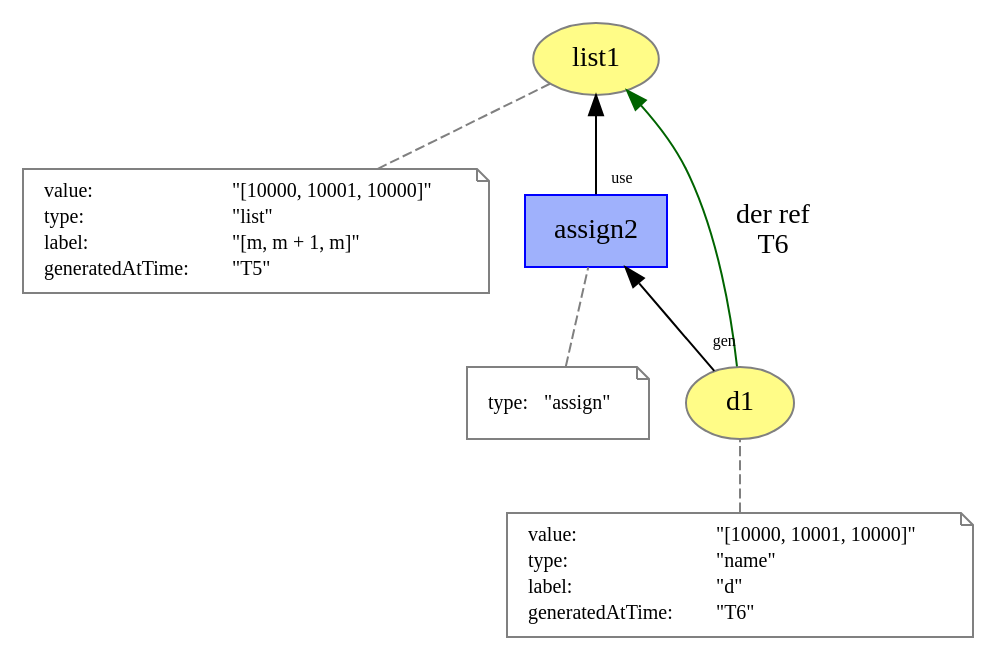
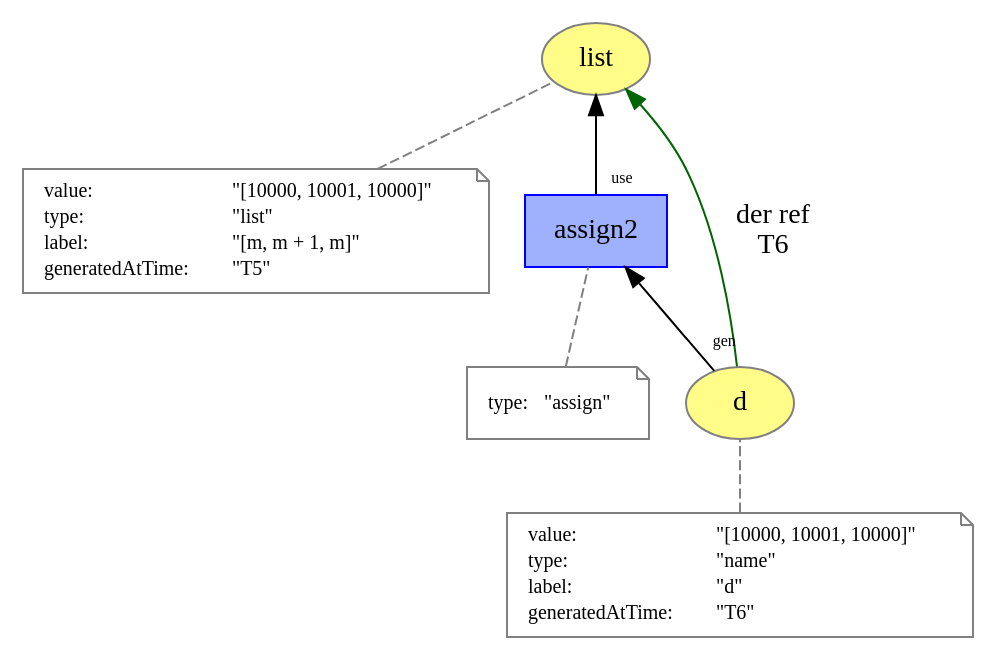
Before and after one commit to dew-uff/versioned-prov: the diagram in versioned_prov/list_assign.dot, drawn with Graphviz. The commit also changed 51 other files, not shown here.

```diff
--- a/versioned_prov/list_assign.dot
+++ b/versioned_prov/list_assign.dot
@@ -1,54 +1,54 @@
 digraph "PROV" { size="16,12"; rankdir="BT";
-"http://example.org/list1" [fillcolor="#FFFC87",color="#808080",style="filled",label="list1",URL="http://example.org/list1"]
+"http://example.org/list" [fillcolor="#FFFC87",color="#808080",style="filled",label="list",URL="http://example.org/list"]
 "-attrs0" [color="gray",shape="note",fontsize="10",fontcolor="black",label=<<TABLE cellpadding="0" border="0">
 	<TR>
 	    <TD align="left">value:</TD>
 	    <TD align="left">&quot;[10000, 10001, 10000]&quot;</TD>
 	</TR>
 	<TR>
 	    <TD align="left">type:</TD>
 	    <TD align="left">&quot;list&quot;</TD>
 	</TR>
 	<TR>
 	    <TD align="left">label:</TD>
 	    <TD align="left">&quot;[m, m + 1, m]&quot;</TD>
 	</TR>
 	<TR>
 	    <TD align="left">generatedAtTime:</TD>
 	    <TD align="left">&quot;T5&quot;</TD>
 	</TR>
 </TABLE>>]
-"-attrs0" -> "http://example.org/list1" [color="gray",style="dashed",arrowhead="none"]
-"http://example.org/d1" [fillcolor="#FFFC87",color="#808080",style="filled",label="d1",URL="http://example.org/d1"]
+"-attrs0" -> "http://example.org/list" [color="gray",style="dashed",arrowhead="none"]
+"http://example.org/d" [fillcolor="#FFFC87",color="#808080",style="filled",label="d",URL="http://example.org/d"]
 "-attrs1" [color="gray",shape="note",fontsize="10",fontcolor="black",label=<<TABLE cellpadding="0" border="0">
 	<TR>
 	    <TD align="left">value:</TD>
 	    <TD align="left">&quot;[10000, 10001, 10000]&quot;</TD>
 	</TR>
 	<TR>
 	    <TD align="left">type:</TD>
 	    <TD align="left">&quot;name&quot;</TD>
 	</TR>
 	<TR>
 	    <TD align="left">label:</TD>
 	    <TD align="left">&quot;d&quot;</TD>
 	</TR>
 	<TR>
 	    <TD align="left">generatedAtTime:</TD>
 	    <TD align="left">&quot;T6&quot;</TD>
 	</TR>
 </TABLE>>]
-"-attrs1" -> "http://example.org/d1" [color="gray",style="dashed",arrowhead="none"]
+"-attrs1" -> "http://example.org/d" [color="gray",style="dashed",arrowhead="none"]
 "http://example.org/assign2" [fillcolor="#9FB1FC",color="#0000FF",shape="polygon",sides="4",style="filled",label="assign2",URL="http://example.org/assign2"]
 "-attrs2" [color="gray",shape="note",fontsize="10",fontcolor="black",label=<<TABLE cellpadding="0" border="0">
 	<TR>
 	    <TD align="left">type:</TD>
 	    <TD align="left">&quot;assign&quot;</TD>
 	</TR>
 </TABLE>>]
 "-attrs2" -> "http://example.org/assign2" [color="gray",style="dashed",arrowhead="none"]
-"http://example.org/assign2" -> "http://example.org/list1" [labelfontsize="8",labeldistance="1.5",labelangle="60.0",rotation="20",taillabel="use"]
-"http://example.org/d1" -> "http://example.org/assign2" [labelfontsize="8",labeldistance="1.5",labelangle="60.0",rotation="20",taillabel="gen"]
-"http://example.org/d1" -> "http://example.org/list1" [labelfontsize="8",labeldistance="1.5",color="darkgreen",labelangle="60.0",rotation="20",label="der ref
+"http://example.org/assign2" -> "http://example.org/list" [labelfontsize="8",labeldistance="1.5",labelangle="60.0",rotation="20",taillabel="use"]
+"http://example.org/d" -> "http://example.org/assign2" [labelfontsize="8",labeldistance="1.5",labelangle="60.0",rotation="20",taillabel="gen"]
+"http://example.org/d" -> "http://example.org/list" [labelfontsize="8",labeldistance="1.5",color="darkgreen",labelangle="60.0",rotation="20",label="der ref
 T6"]
 }
```
